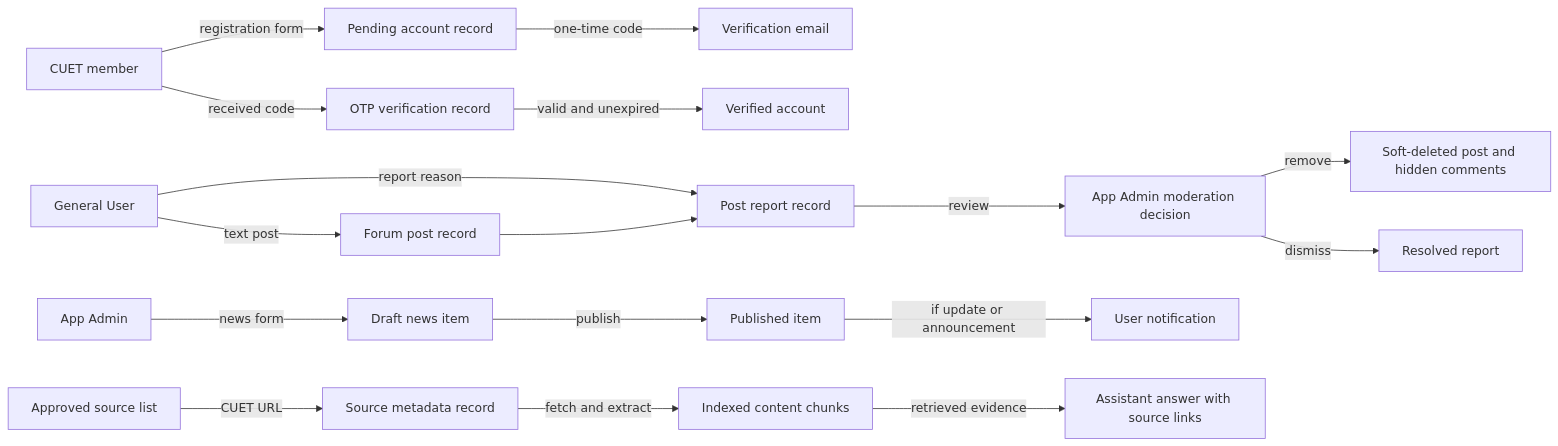
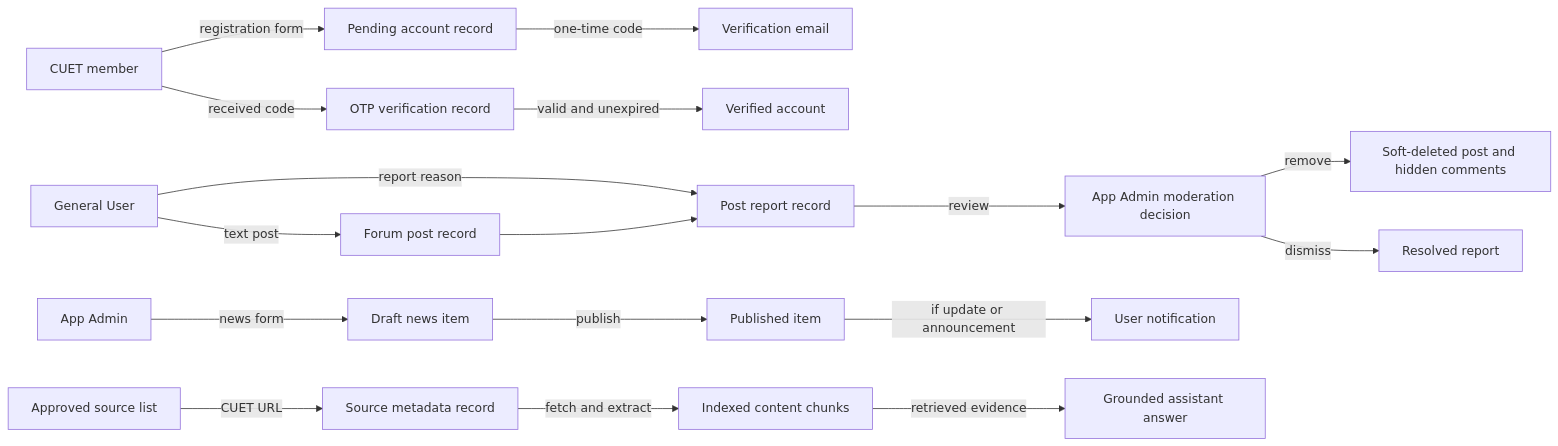
Before and after one commit to anindya357/UniCircle: the second of 3 diagrams in docs/design/Document_Flow_Diagram.md, drawn with Mermaid. The commit also changed 16 other files, not shown here.

````diff
--- a/docs/design/Document_Flow_Diagram.md
+++ b/docs/design/Document_Flow_Diagram.md
@@ -34,22 +34,22 @@
 ```mermaid
 flowchart LR
     Member[CUET member] -->|registration form| Account[Pending account record]
     Account -->|one-time code| Mail[Verification email]
     Member -->|received code| Verification[OTP verification record]
     Verification -->|valid and unexpired| Verified[Verified account]
 
     User[General User] -->|text post| Post[Forum post record]
     User -->|report reason| Report[Post report record]
     Post --> Report
     Report -->|review| Moderator[App Admin moderation decision]
     Moderator -->|remove| Hidden[Soft-deleted post and hidden comments]
     Moderator -->|dismiss| Resolved[Resolved report]
 
     Admin[App Admin] -->|news form| Draft[Draft news item]
     Draft -->|publish| Published[Published item]
     Published -->|if update or announcement| Notice[User notification]
 
     Curator[Approved source list] -->|CUET URL| Source[Source metadata record]
     Source -->|fetch and extract| Chunks[Indexed content chunks]
-    Chunks -->|retrieved evidence| Answer[Assistant answer with source links]
+    Chunks -->|retrieved evidence| Answer[Grounded assistant answer]
 ```
````
